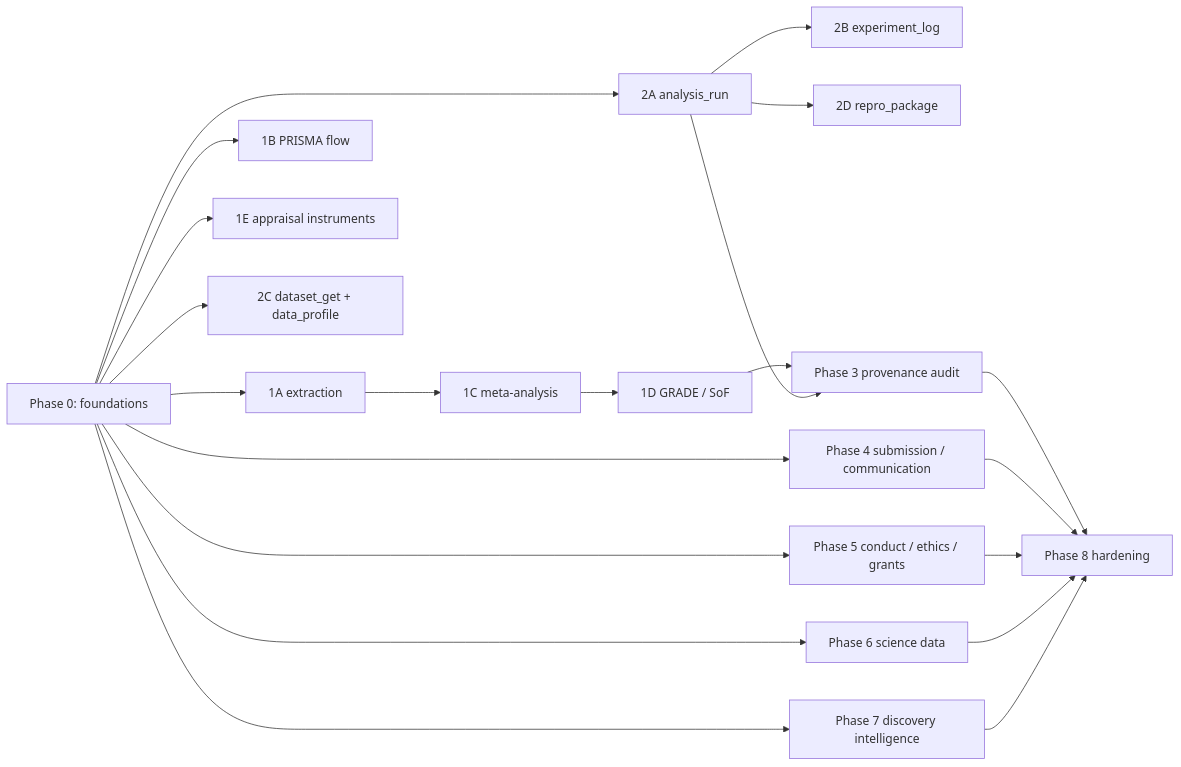
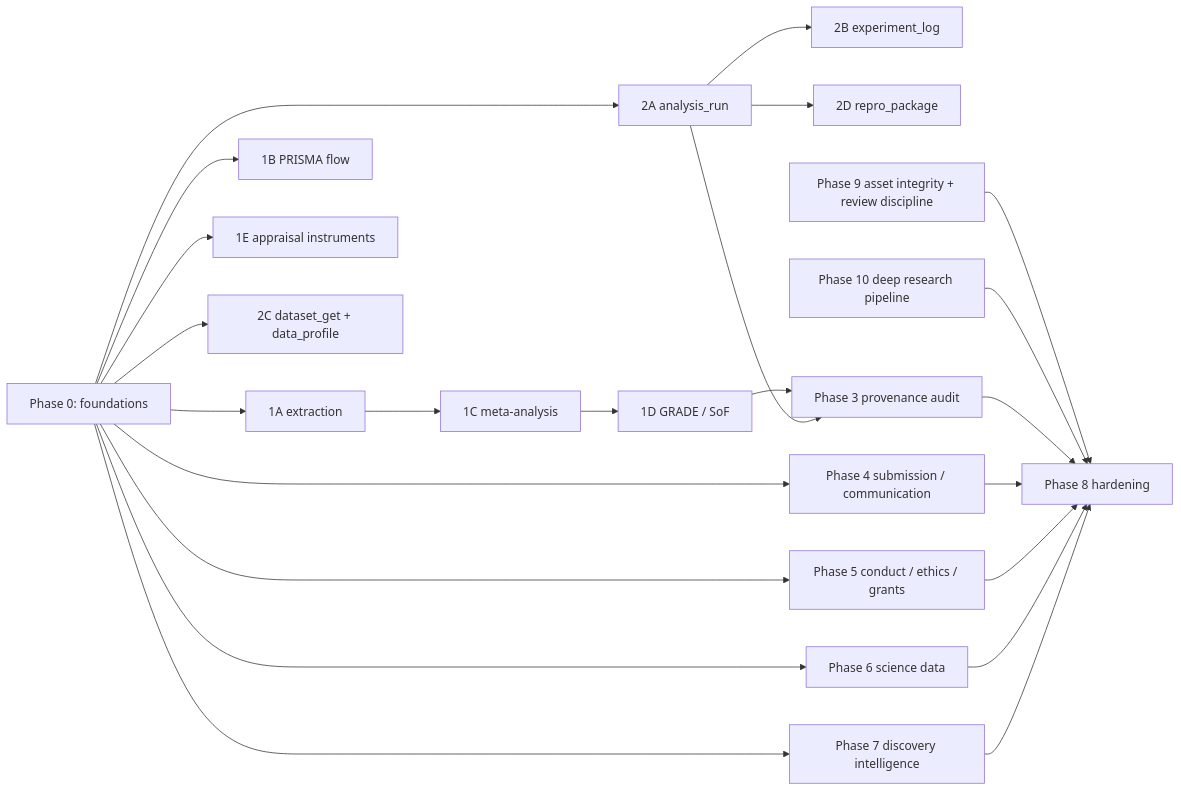
The diagram in docs/SCIENTIFIC-EXPANSION-PLAN.md (raktim-mondol/academic-harness), drawn with Mermaid before and after one commit. The commit also changed other lines of this file and 32 other files, not shown here.

````diff
--- a/docs/SCIENTIFIC-EXPANSION-PLAN.md
+++ b/docs/SCIENTIFIC-EXPANSION-PLAN.md
@@ -55,23 +60,25 @@
 ```mermaid
 flowchart LR
   P0[Phase 0: foundations] --> P1A[1A extraction]
   P0 --> P1B[1B PRISMA flow]
   P1A --> P1C[1C meta-analysis]
   P1C --> P1D[1D GRADE / SoF]
   P0 --> P1E[1E appraisal instruments]
   P0 --> P2A[2A analysis_run]
   P2A --> P2B[2B experiment_log]
   P2A --> P2D[2D repro_package]
   P0 --> P2C[2C dataset_get + data_profile]
   P1D --> P3[Phase 3 provenance audit]
   P2A --> P3
   P0 --> P4[Phase 4 submission / communication]
   P0 --> P5[Phase 5 conduct / ethics / grants]
   P0 --> P6[Phase 6 science data]
   P0 --> P7[Phase 7 discovery intelligence]
+  P9[Phase 9 asset integrity + review discipline] --> P8
+  P10[Phase 10 deep research pipeline] --> P8
   P3 --> P8[Phase 8 hardening]
   P4 --> P8
   P5 --> P8
   P6 --> P8
   P7 --> P8
 ```
````
